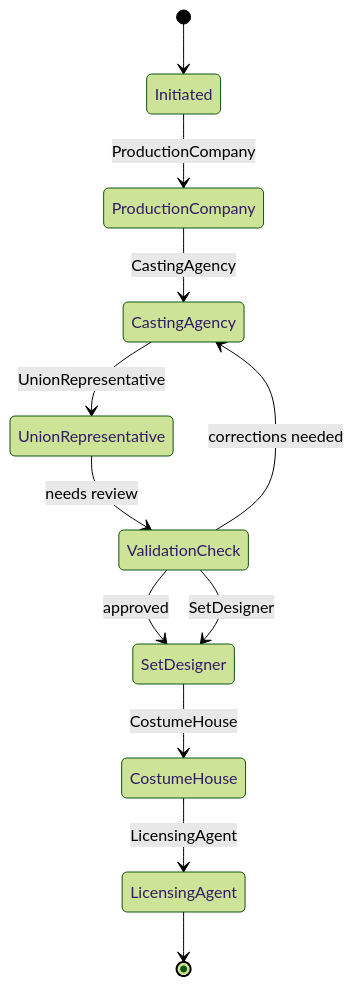
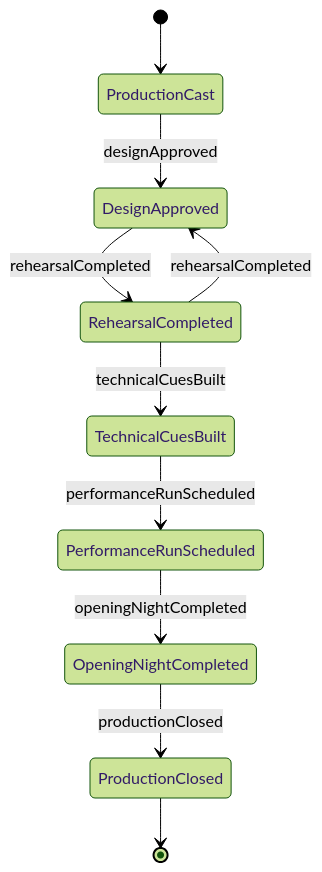
One commit to dot-org-ai/tasks.org.ai changed the second of 4 diagrams in GuidingDirectingAndMotivatingSubordinates/CoordinateArtisticOrEntertainmentActivities/DirectProductionsPerformances.mdx. Above: the diagram before and after it, drawn with Mermaid (forest theme). The commit also changed other lines of this file and 515 other files, not shown here.

````diff
--- a/GuidingDirectingAndMotivatingSubordinates/CoordinateArtisticOrEntertainmentActivities/DirectProductionsPerformances.mdx
+++ b/GuidingDirectingAndMotivatingSubordinates/CoordinateArtisticOrEntertainmentActivities/DirectProductionsPerformances.mdx
@@ -105,14 +104,12 @@
 ```mermaid
 stateDiagram-v2
-    [*] --> Initiated
-    Initiated --> ProductionCompany: ProductionCompany
-    ProductionCompany --> CastingAgency: CastingAgency
-    CastingAgency --> UnionRepresentative: UnionRepresentative
-    UnionRepresentative --> ValidationCheck: needs review
-    ValidationCheck --> CastingAgency: corrections needed
-    ValidationCheck --> SetDesigner: approved
-    ValidationCheck --> SetDesigner: SetDesigner
-    SetDesigner --> CostumeHouse: CostumeHouse
-    CostumeHouse --> LicensingAgent: LicensingAgent
-    LicensingAgent --> [*]
+    [*] --> ProductionCast
+    ProductionCast --> DesignApproved : designApproved
+    DesignApproved --> RehearsalCompleted : rehearsalCompleted
+    RehearsalCompleted --> TechnicalCuesBuilt : technicalCuesBuilt
+    TechnicalCuesBuilt --> PerformanceRunScheduled : performanceRunScheduled
+    PerformanceRunScheduled --> OpeningNightCompleted : openingNightCompleted
+    OpeningNightCompleted --> ProductionClosed : productionClosed
+    RehearsalCompleted --> DesignApproved : rehearsalCompleted
+    ProductionClosed --> [*]
 ```
````
